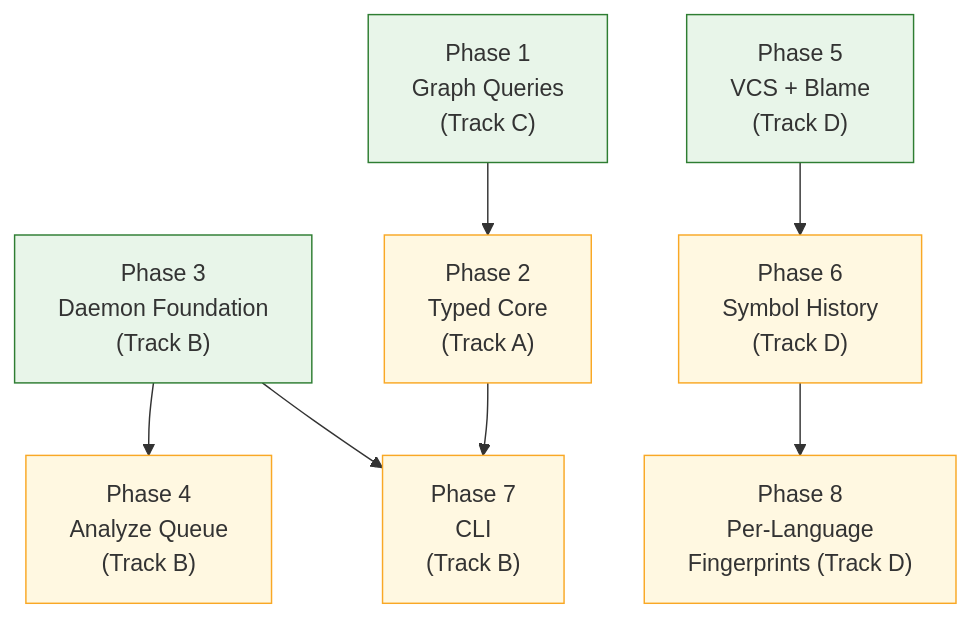
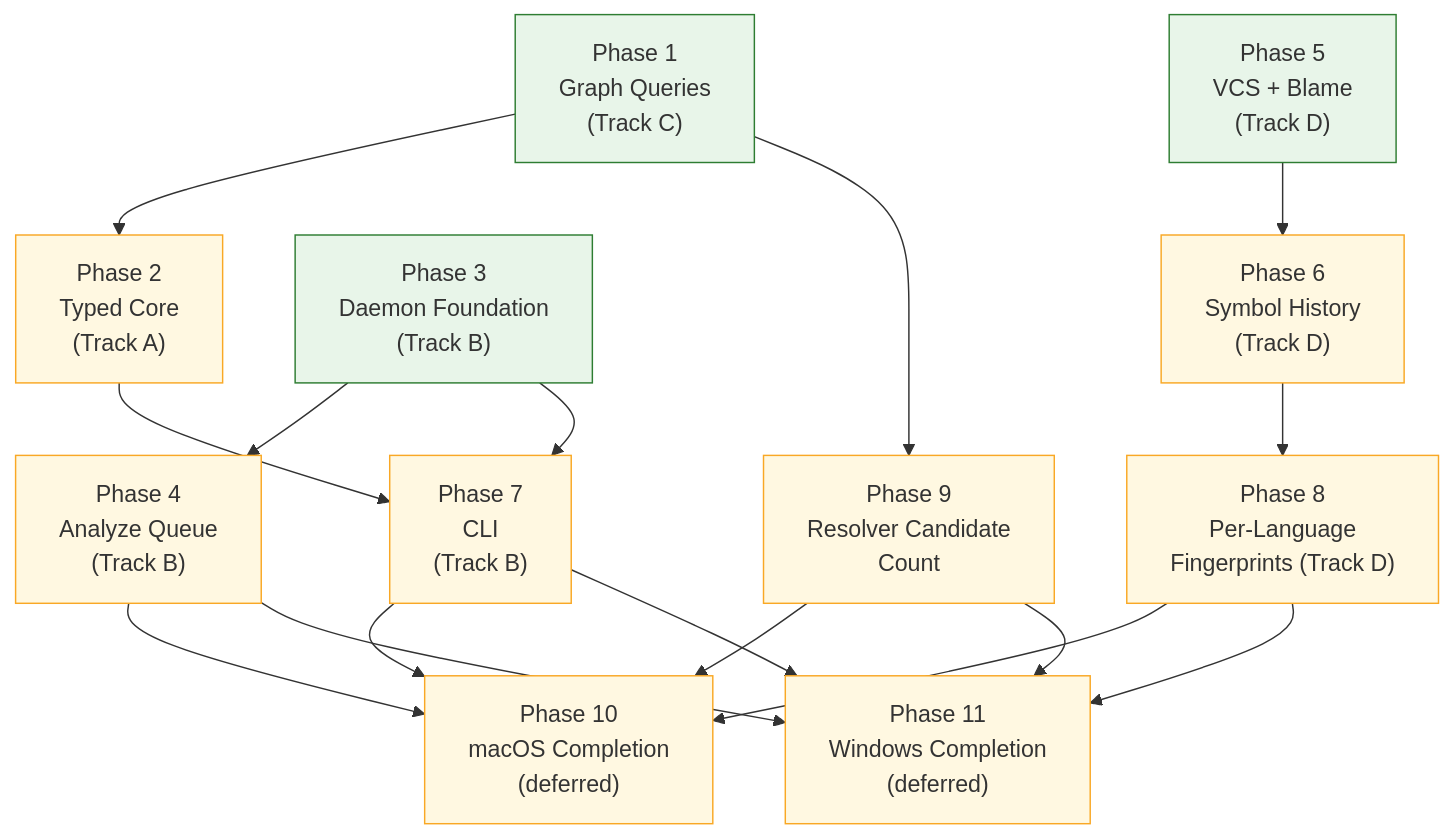
One commit to danweinerdev/code-graph-mcp changed the first of 2 diagrams in .plans/Plans/GraphPlatformExpansion/README.md. Above: the diagram before and after it, drawn with Mermaid. The commit also changed other lines of this file and 6 other files, not shown here.

````diff
--- a/.plans/Plans/GraphPlatformExpansion/README.md
+++ b/.plans/Plans/GraphPlatformExpansion/README.md
@@ -139,23 +153,35 @@
 ```mermaid
 graph TD
     P1["Phase 1<br/>Graph Queries<br/>(Track C)"]
     P2["Phase 2<br/>Typed Core<br/>(Track A)"]
     P3["Phase 3<br/>Daemon Foundation<br/>(Track B)"]
     P4["Phase 4<br/>Analyze Queue<br/>(Track B)"]
     P5["Phase 5<br/>VCS + Blame<br/>(Track D)"]
     P6["Phase 6<br/>Symbol History<br/>(Track D)"]
     P7["Phase 7<br/>CLI<br/>(Track B)"]
     P8["Phase 8<br/>Per-Language<br/>Fingerprints (Track D)"]
+    P9["Phase 9<br/>Resolver Candidate<br/>Count"]
+    P10["Phase 10<br/>macOS Completion<br/>(deferred)"]
+    P11["Phase 11<br/>Windows Completion<br/>(deferred)"]
 
     P1 --> P2
     P3 --> P4
     P5 --> P6
     P2 --> P7
     P3 --> P7
     P6 --> P8
+    P1 --> P9
+    P4 --> P10
+    P7 --> P10
+    P8 --> P10
+    P9 --> P10
+    P4 --> P11
+    P7 --> P11
+    P8 --> P11
+    P9 --> P11
 
     classDef free fill:#e8f5e9,stroke:#2e7d32
     classDef gated fill:#fff8e1,stroke:#f9a825
     class P1,P3,P5 free
-    class P2,P4,P6,P7,P8 gated
+    class P2,P4,P6,P7,P8,P9,P10,P11 gated
 ```
````
